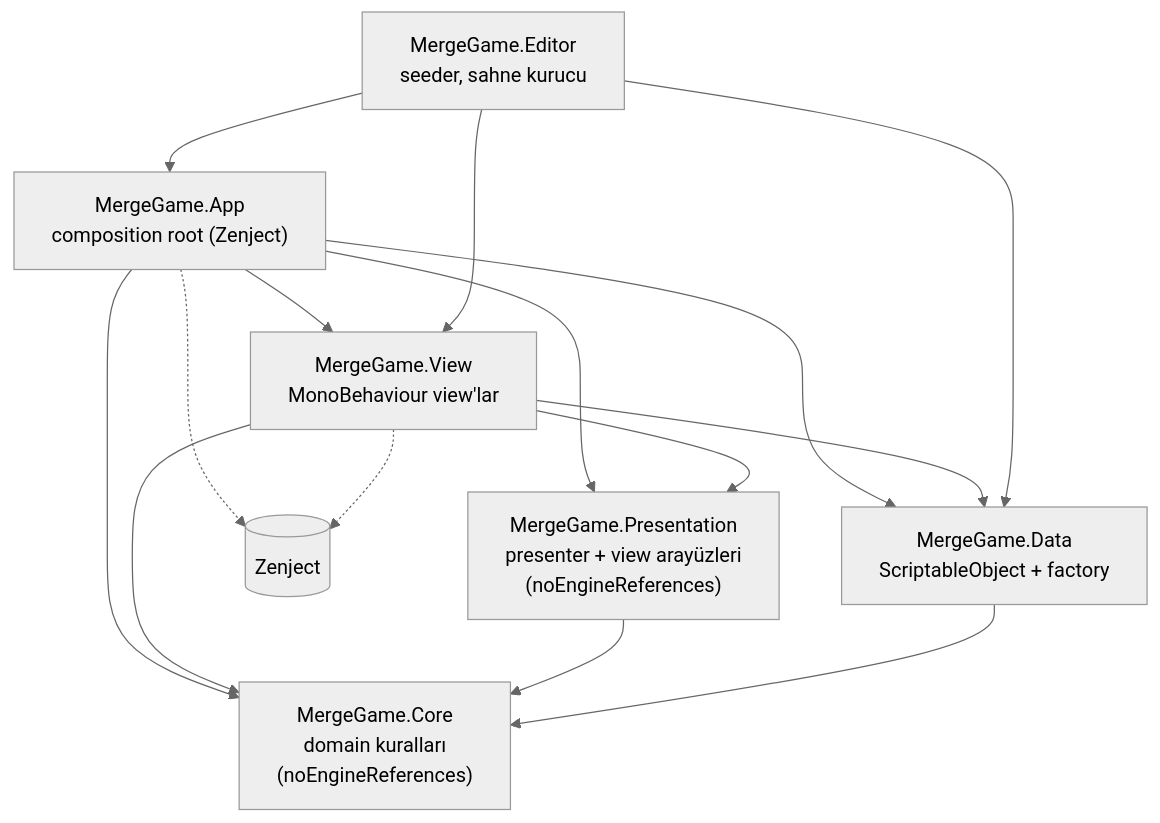
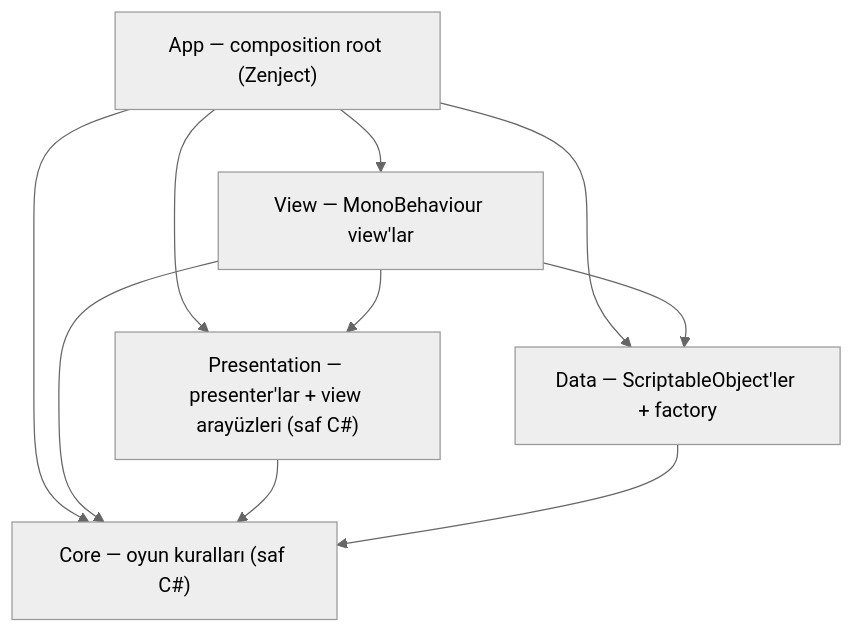
One commit to HardRez/Project-Merge-Vuvy changed the diagram in README.md. Above: the diagram before and after it, drawn with Mermaid (neutral theme). The commit also changed other lines of this file, not shown here.

````diff
--- a/README.md
+++ b/README.md
@@ -75,26 +24,18 @@
 ```mermaid
 flowchart TD
-    App["MergeGame.App<br/>composition root (Zenject)"]
-    View["MergeGame.View<br/>MonoBehaviour view'lar"]
-    Pres["MergeGame.Presentation<br/>presenter + view arayüzleri<br/>(noEngineReferences)"]
-    Data["MergeGame.Data<br/>ScriptableObject + factory"]
-    Core["MergeGame.Core<br/>domain kuralları<br/>(noEngineReferences)"]
-    Editor["MergeGame.Editor<br/>seeder, sahne kurucu"]
-
-    Zen[("Zenject")]
+    App["App — composition root (Zenject)"]
+    View["View — MonoBehaviour view'lar"]
+    Pres["Presentation — presenter'lar + view arayüzleri (saf C#)"]
+    Data["Data — ScriptableObject'ler + factory"]
+    Core["Core — oyun kuralları (saf C#)"]
 
     App --> View
     App --> Pres
     App --> Data
     App --> Core
     View --> Pres
     View --> Data
     View --> Core
     Pres --> Core
     Data --> Core
-    App -.-> Zen
-    View -.-> Zen
-    Editor --> App
-    Editor --> View
-    Editor --> Data
 ```
````
